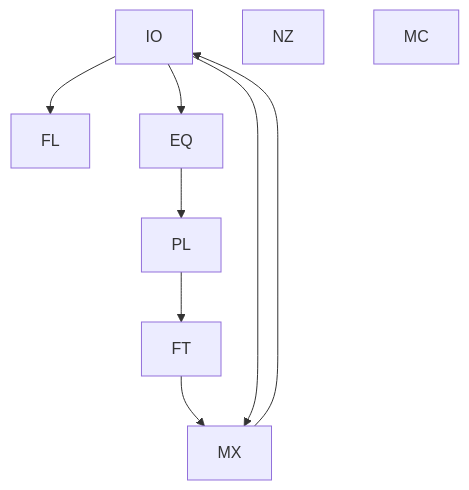
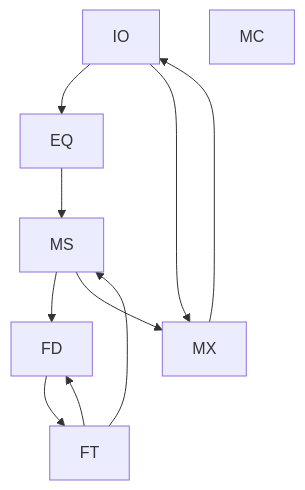
Before and after one commit to acumartini/dectet-public: the ninth of 19 diagrams in README.md, drawn with Mermaid. The commit also changed other lines of this file, not shown here.

````diff
--- a/README.md
+++ b/README.md
@@ -1268,9 +1261,7 @@
 ```mermaid
 flowchart TD
-  IO-->FL
-  IO-->EQ-->PL-->FT-->MX
+  IO-->EQ-->MS-->FD-->FT-->MS-->MX-->IO
+  FT-->FD
   IO-->MX
-  MX-->IO
-  NZ
   MC
 ```
````
